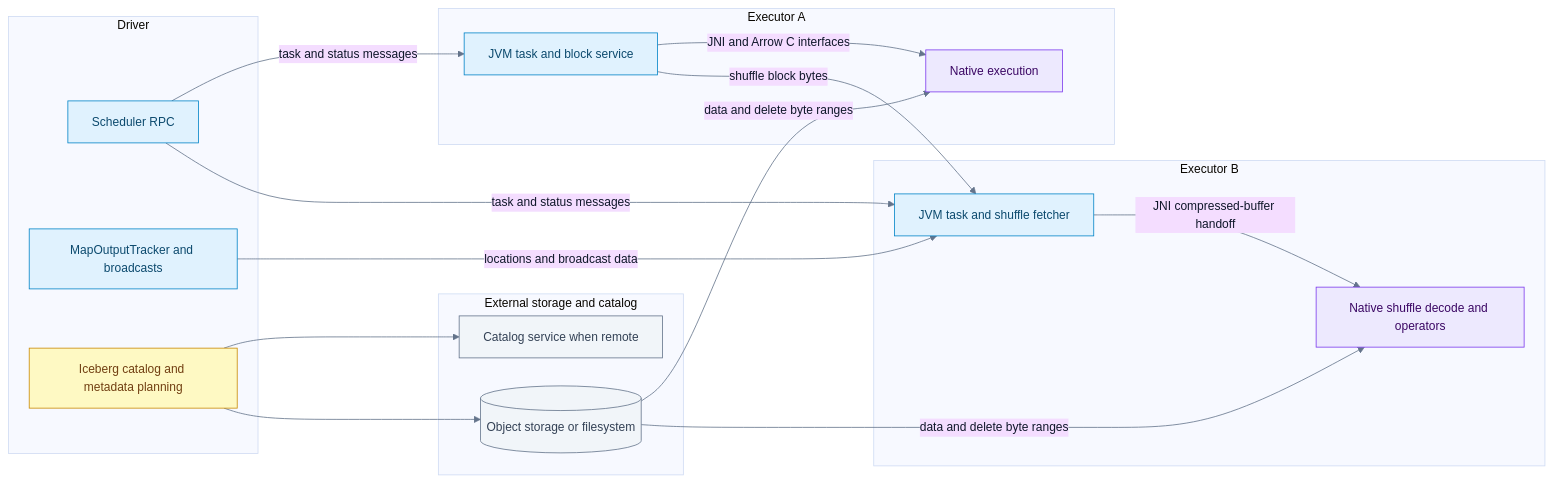
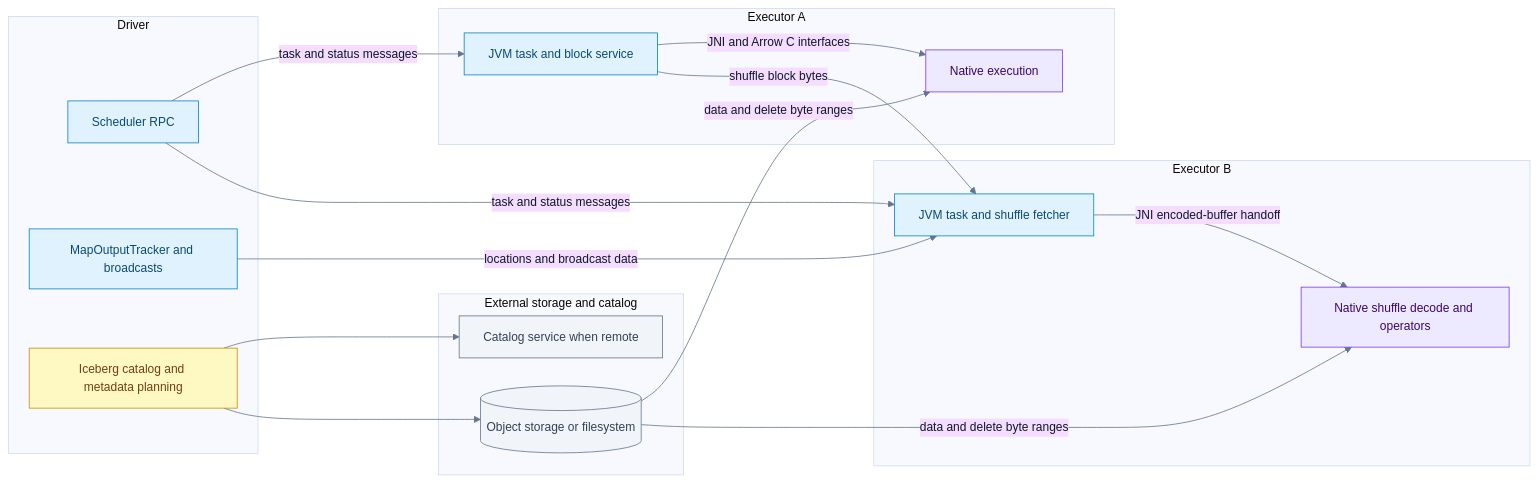
One commit to Shekharrajak/iceberg-notes changed the diagram in iceberg-batch-pipeline/diagrams/05-network-and-process-boundaries.mmd. Above: the diagram before and after it, drawn with Mermaid. The commit also changed 72 other files, not shown here.

```diff
--- a/iceberg-batch-pipeline/diagrams/05-network-and-process-boundaries.mmd
+++ b/iceberg-batch-pipeline/diagrams/05-network-and-process-boundaries.mmd
@@ -1,37 +1,37 @@
 %%{init: {"theme":"base","flowchart":{"curve":"basis","nodeSpacing":35,"rankSpacing":52},"themeVariables":{"fontFamily":"Ubuntu, Arial, sans-serif","fontSize":"15px","primaryTextColor":"#0f172a","lineColor":"#64748b"}}}%%
 flowchart LR
   subgraph DRIVER["Driver"]
     S["Scheduler RPC"]
     M["MapOutputTracker and broadcasts"]
     I["Iceberg catalog and metadata planning"]
   end
   subgraph EA["Executor A"]
     JA["JVM task and block service"]
     NA["Native execution"]
     JA -- "JNI and Arrow C interfaces" --> NA
   end
   subgraph EB["Executor B"]
     JB["JVM task and shuffle fetcher"]
     NB["Native shuffle decode and operators"]
-    JB -- "JNI compressed-buffer handoff" --> NB
+    JB -- "JNI encoded-buffer handoff" --> NB
   end
   subgraph EXT["External storage and catalog"]
     C["Catalog service when remote"]
     O[("Object storage or filesystem")]
   end
   S -- "task and status messages" --> JA
   S -- "task and status messages" --> JB
   M -- "locations and broadcast data" --> JB
   JA -- "shuffle block bytes" --> JB
   I --> C
   I --> O
   O -- "data and delete byte ranges" --> NA
   O -- "data and delete byte ranges" --> NB
   classDef spark fill:#e0f2fe,stroke:#0284c7,color:#0c4a6e
   classDef native fill:#ede9fe,stroke:#7c3aed,color:#3b0764
   classDef ice fill:#fef9c3,stroke:#ca8a04,color:#713f12
   classDef ext fill:#f1f5f9,stroke:#64748b,color:#334155
   class S,M,JA,JB spark
   class NA,NB native
   class I ice
   class C,O ext
```
